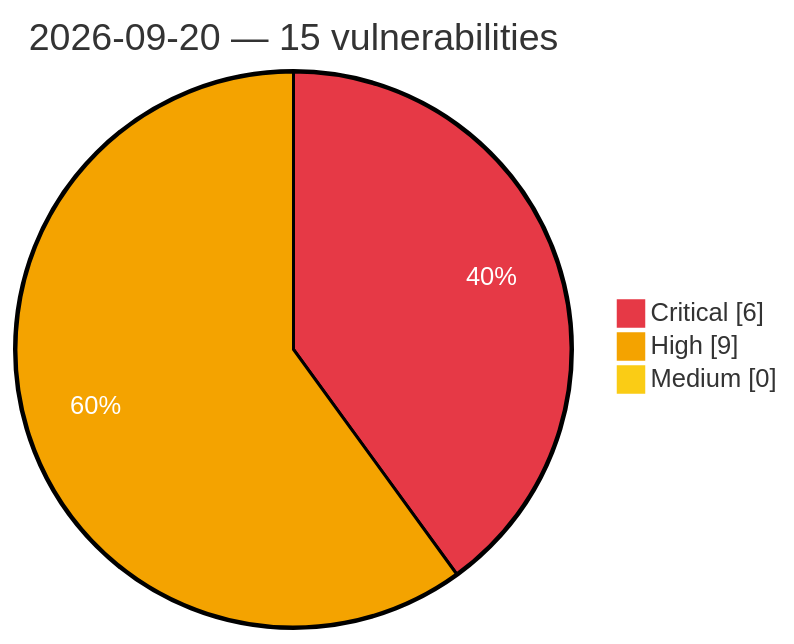
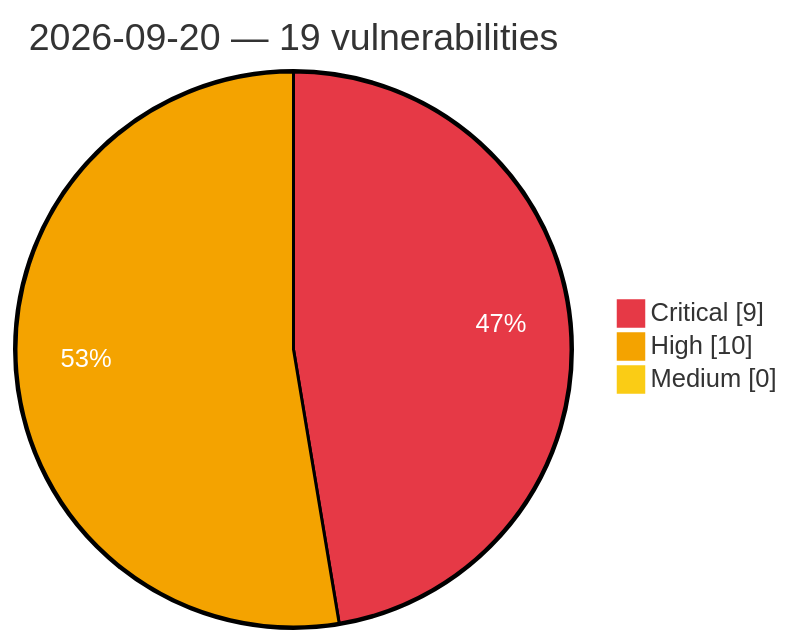
One commit to GhostX0X/vuln-tracker changed the diagram in vulnerabilities/2026/September/2026-09-20.md. Above: the diagram before and after it, drawn with Mermaid. The commit also changed other lines of this file and 5 other files, not shown here.

Commit message:
Auto update: critical/high vulns (2026-09-20 20:58 UTC)

````diff
--- a/vulnerabilities/2026/September/2026-09-20.md
+++ b/vulnerabilities/2026/September/2026-09-20.md
@@ -3,8 +3,8 @@
 ```mermaid
 %%{init: {'theme':'base', 'themeVariables': {'pie1':'#e63946', 'pie2':'#f4a300', 'pie3':'#facc15', 'pieOpacity':'1', 'pieOuterStrokeWidth':'2px', 'pieSectionTextColor':'#ffffff'}}}%%
 pie showData
-    title 2026-09-20 — 15 vulnerabilities
-    "Critical" : 6
-    "High" : 9
+    title 2026-09-20 — 19 vulnerabilities
+    "Critical" : 9
+    "High" : 10
     "Medium" : 0
 ```
````
